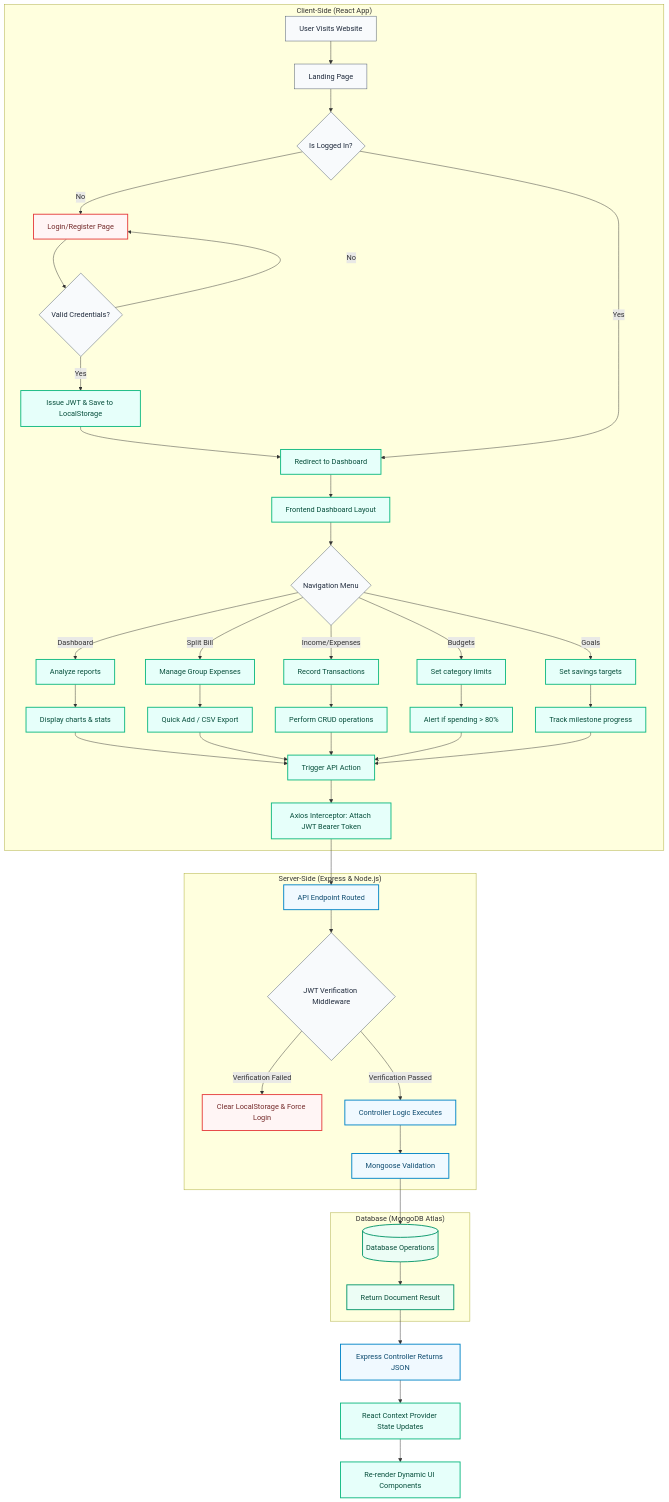
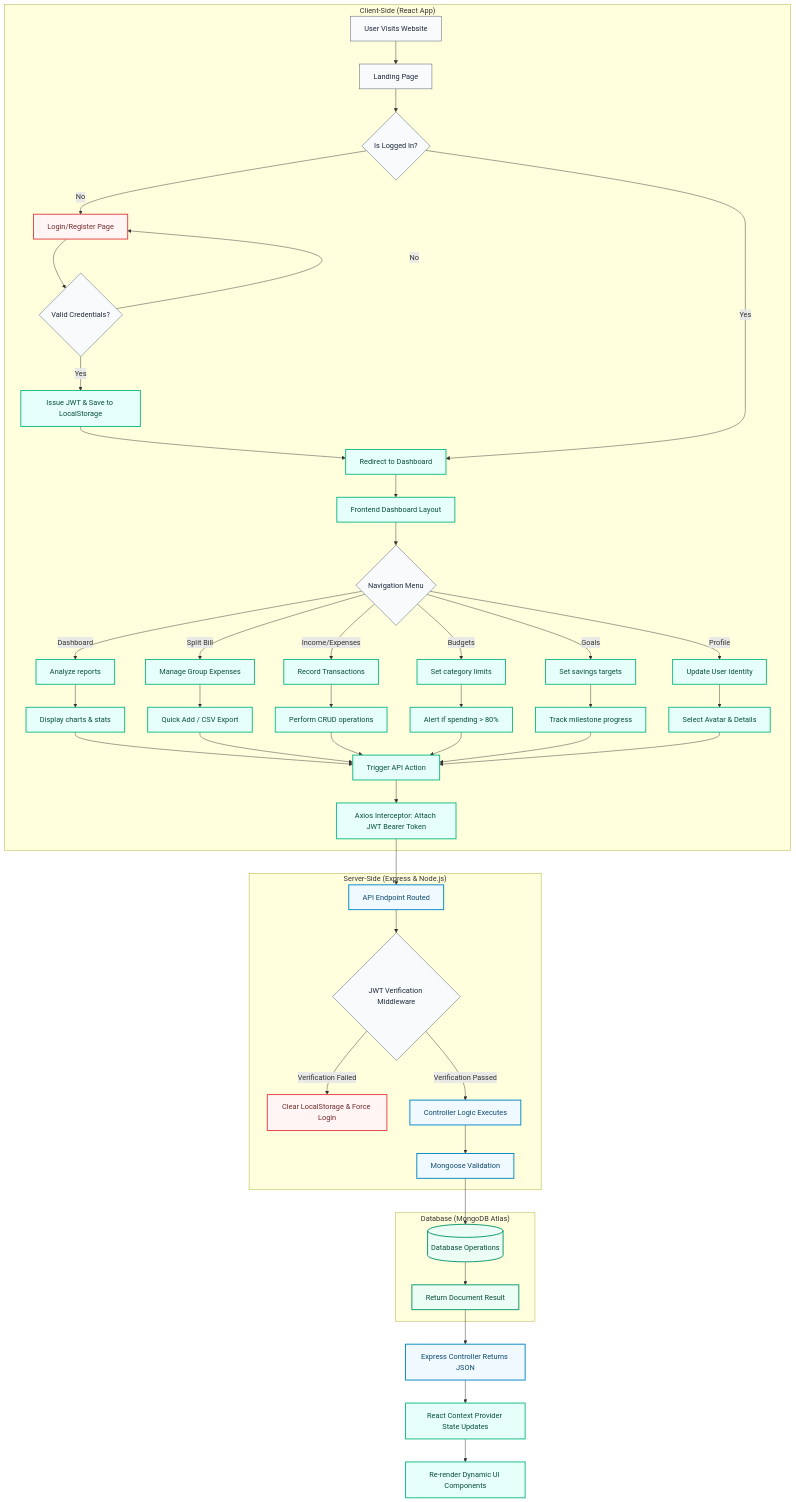
One commit to adiiisri/TrackMyRupee changed the diagram in README.md. Above: the diagram before and after it, drawn with Mermaid. The commit also changed other lines of this file, not shown here.

Commit message:
docs: update documentation to reflect new user profile feature

````diff
--- a/README.md
+++ b/README.md
@@ -86,59 +87,62 @@
 ```mermaid
 flowchart TD
     %% Styling Configuration
     classDef client fill:#e6fffa,stroke:#10b981,stroke-width:2px,color:#064e3b;
     classDef server fill:#f0f9ff,stroke:#0284c7,stroke-width:2px,color:#0c4a6e;
     classDef database fill:#ecfdf5,stroke:#059669,stroke-width:2px,color:#064e3b;
     classDef auth fill:#fff5f5,stroke:#e53e3e,stroke-width:2px,color:#742a2a;
     classDef default fill:#f8fafc,stroke:#475569,stroke-width:1px,color:#1e293b;
 
     subgraph Client ["Client-Side (React App)"]
         A[User Visits Website] --> B[Landing Page]
         B --> C{Is Logged In?}
         C -- No --> D[Login/Register Page]:::auth
         D --> E{Valid Credentials?}
         E -- No --> D
         E -- Yes --> F[Issue JWT & Save to LocalStorage]:::client
         F --> G[Redirect to Dashboard]:::client
         C -- Yes --> G
         G --> H[Frontend Dashboard Layout]:::client
         H --> I{Navigation Menu}
         
         %% Navigation Options
         I -- Dashboard --> J1[Analyze reports]:::client
         J1 --> J2[Display charts & stats]:::client
         
         I -- Split Bill --> K1[Manage Group Expenses]:::client
         K1 --> K2[Quick Add / CSV Export]:::client
         
         I -- Income/Expenses --> L1[Record Transactions]:::client
         L1 --> L2[Perform CRUD operations]:::client
         
         I -- Budgets --> M1[Set category limits]:::client
         M1 --> M2[Alert if spending > 80%]:::client
         
         I -- Goals --> N1[Set savings targets]:::client
         N1 --> N2[Track milestone progress]:::client
 
+        I -- Profile --> P1[Update User Identity]:::client
+        P1 --> P2[Select Avatar & Details]:::client
+
         %% Convergence
-        J2 & K2 & L2 & M2 & N2 --> O[Trigger API Action]:::client
+        J2 & K2 & L2 & M2 & N2 & P2 --> O[Trigger API Action]:::client
         O --> P[Axios Interceptor: Attach JWT Bearer Token]:::client
     end
 
     subgraph Server ["Server-Side (Express & Node.js)"]
         P --> Q[API Endpoint Routed]:::server
         Q --> R{JWT Verification Middleware}
         R -- Verification Failed --> S[Clear LocalStorage & Force Login]:::auth
         R -- Verification Passed --> T[Controller Logic Executes]:::server
         T --> U[Mongoose Validation]:::server
     end
 
     subgraph DB ["Database (MongoDB Atlas)"]
         U --> V[(Database Operations)]:::database
         V --> W[Return Document Result]:::database
     end
 
     W --> X[Express Controller Returns JSON]:::server
     X --> Y[React Context Provider State Updates]:::client
     Y --> Z[Re-render Dynamic UI Components]:::client
 ```
````
